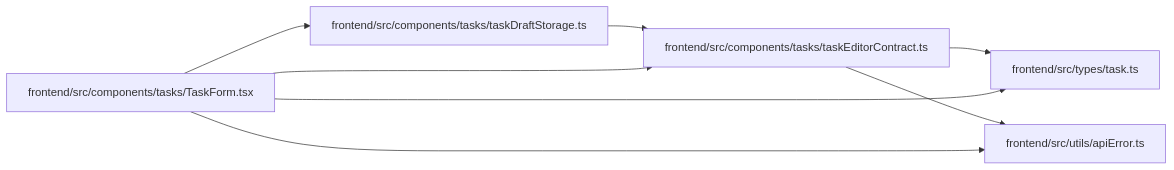
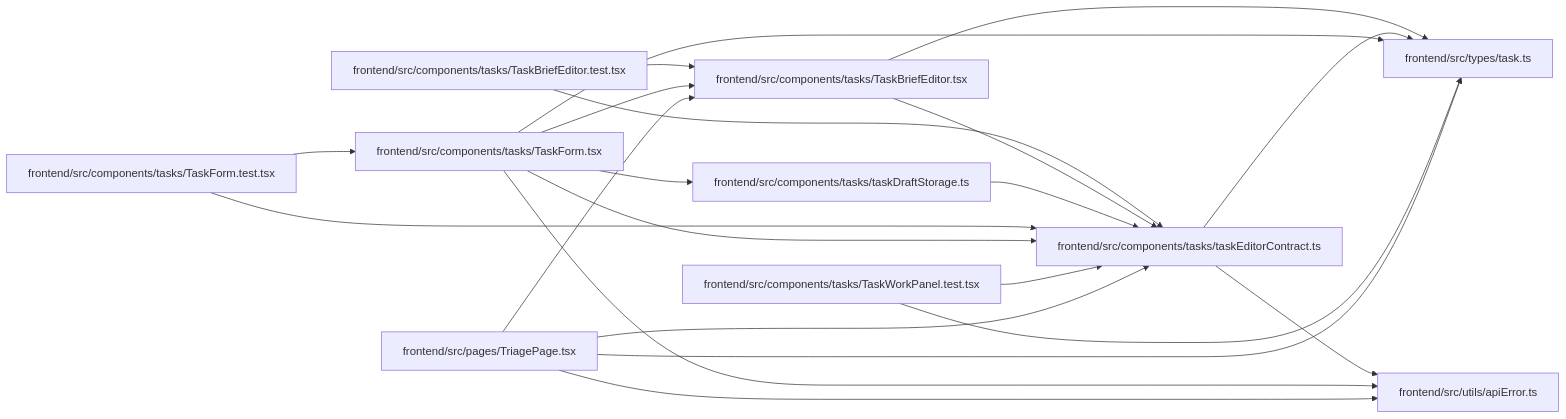
Before and after one commit to Denissvgn/WorkChord: the diagram in docs/llm_wiki/modules/taskEditorContract.md, drawn with Mermaid. The commit also changed other lines of this file and 1238 other files, not shown here.

First line of the commit message:
docs(wiki): publish compact canonical domain architecture

````diff
--- a/docs/llm_wiki/modules/taskEditorContract.md
+++ b/docs/llm_wiki/modules/taskEditorContract.md
@@ -26,20 +26,43 @@
 ```mermaid
 flowchart LR
-    n0["frontend/src/components/tasks/taskDraftStorage.ts"]
-    n1["frontend/src/components/tasks/taskEditorContract.ts"]
-    n2["frontend/src/components/tasks/TaskForm.tsx"]
-    n3["frontend/src/types/task.ts"]
-    n4["frontend/src/utils/apiError.ts"]
+    n0["frontend/src/components/tasks/TaskBriefEditor.test.tsx"]
+    n1["frontend/src/components/tasks/TaskBriefEditor.tsx"]
+    n2["frontend/src/components/tasks/taskDraftStorage.ts"]
+    n3["frontend/src/components/tasks/taskEditorContract.ts"]
+    n4["frontend/src/components/tasks/TaskForm.test.tsx"]
+    n5["frontend/src/components/tasks/TaskForm.tsx"]
+    n6["frontend/src/components/tasks/TaskWorkPanel.test.tsx"]
+    n7["frontend/src/pages/TriagePage.tsx"]
+    n8["frontend/src/types/task.ts"]
+    n9["frontend/src/utils/apiError.ts"]
     n0 --> n1
+    n0 --> n3
     n1 --> n3
-    n1 --> n4
-    n2 --> n0
-    n2 --> n1
+    n1 --> n8
     n2 --> n3
-    n2 --> n4
-    click n0 "../modules/taskDraftStorage.md"
-    click n1 "../modules/taskEditorContract.md"
-    click n2 "../modules/TaskForm.md"
-    click n3 "../modules/types_task.md"
-    click n4 "../modules/apiError.md"
+    n3 --> n8
+    n3 --> n9
+    n4 --> n3
+    n4 --> n5
+    n5 --> n1
+    n5 --> n2
+    n5 --> n3
+    n5 --> n8
+    n5 --> n9
+    n6 --> n3
+    n6 --> n8
+    n7 --> n1
+    n7 --> n3
+    n7 --> n8
+    n7 --> n9
+    click n0 "../modules/TaskBriefEditor.test.md"
+    click n1 "../modules/TaskBriefEditor.md"
+    click n2 "../modules/taskDraftStorage.md"
+    click n3 "../modules/taskEditorContract.md"
+    click n4 "../modules/TaskForm.test.md"
+    click n5 "../modules/TaskForm.md"
+    click n6 "../modules/TaskWorkPanel.test.md"
+    click n7 "../modules/TriagePage.md"
+    click n8 "../modules/types_task.md"
+    click n9 "../modules/apiError.md"
 ```
````
